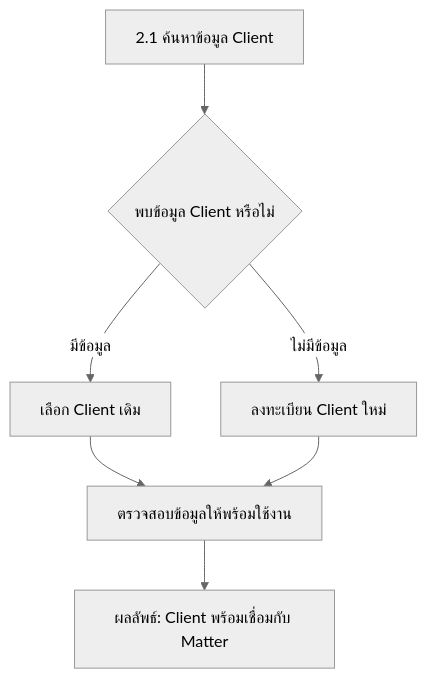
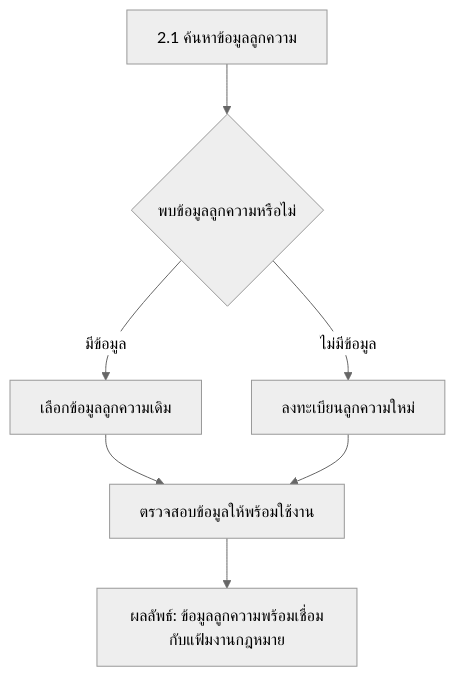
One commit to yukasung/legal_erp_docs changed the second of 7 diagrams in docs/app/docs/workflow/page.mdx. Above: the diagram before and after it, drawn with Mermaid (neutral theme). The commit also changed other lines of this file, not shown here.

````diff
--- a/docs/app/docs/workflow/page.mdx
+++ b/docs/app/docs/workflow/page.mdx
@@ -68,9 +68,9 @@
 ```mermaid
 flowchart TD
-  A["2.1 ค้นหาข้อมูล Client"] --> B{"พบข้อมูล Client หรือไม่"}
-  B -->|มีข้อมูล| C["เลือก Client เดิม"]
-  B -->|ไม่มีข้อมูล| D["ลงทะเบียน Client ใหม่"]
+  A["2.1 ค้นหาข้อมูลลูกความ"] --> B{"พบข้อมูลลูกความหรือไม่"}
+  B -->|มีข้อมูล| C["เลือกข้อมูลลูกความเดิม"]
+  B -->|ไม่มีข้อมูล| D["ลงทะเบียนลูกความใหม่"]
   C --> E["ตรวจสอบข้อมูลให้พร้อมใช้งาน"]
   D --> E
-  E --> R["ผลลัพธ์: Client พร้อมเชื่อมกับ Matter"]
+  E --> R["ผลลัพธ์: ข้อมูลลูกความพร้อมเชื่อมกับแฟ้มงานกฎหมาย"]
 ```
````
